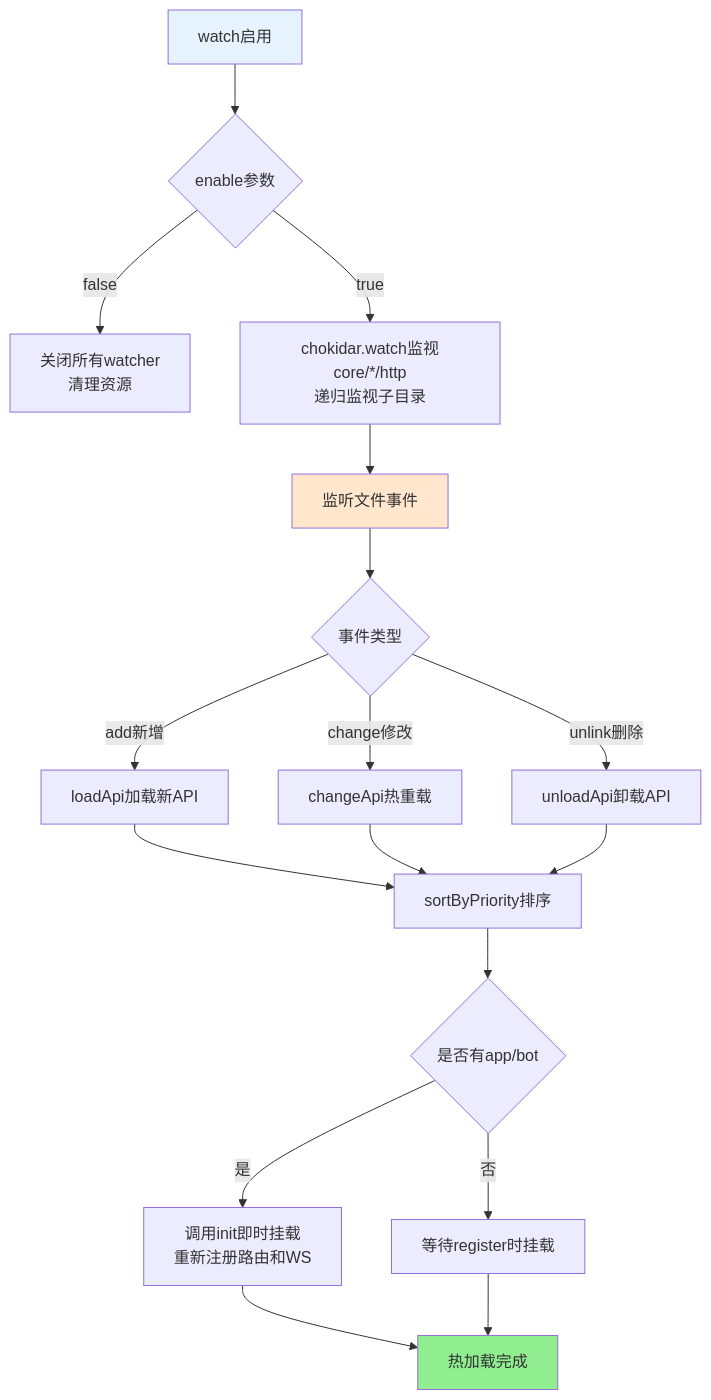
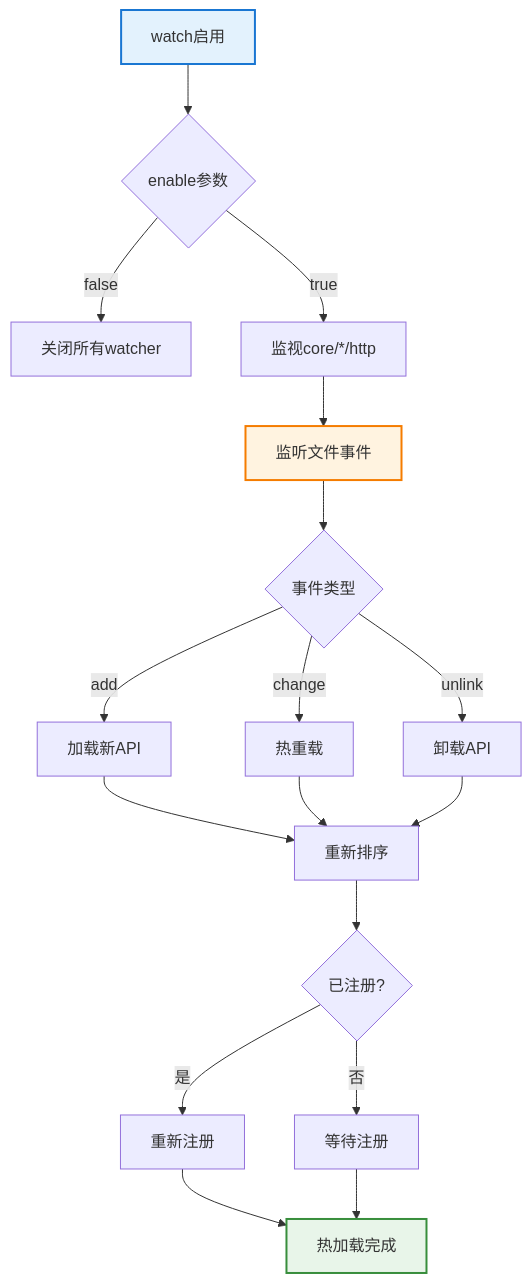
One commit to sunflowermm/XRK-AGT changed the fourth of 4 diagrams in docs/api-loader.md. Above: the diagram before and after it, drawn with Mermaid. The commit also changed other lines of this file and 19 other files, not shown here.

````diff
--- a/docs/api-loader.md
+++ b/docs/api-loader.md
@@ -181,23 +171,23 @@
 ```mermaid
 flowchart TB
     A["watch启用"] --> B{"enable参数"}
-    B -->|false| C["关闭所有watcher<br/>清理资源"]
-    B -->|true| D["chokidar.watch监视core/*/http<br/>递归监视子目录"]
+    B -->|false| C["关闭所有watcher"]
+    B -->|true| D["监视core/*/http"]
     D --> E["监听文件事件"]
     E --> F{"事件类型"}
-    F -->|add新增| G["loadApi加载新API"]
-    F -->|change修改| H["changeApi热重载"]
-    F -->|unlink删除| I["unloadApi卸载API"]
-    G --> J["sortByPriority排序"]
+    F -->|add| G["加载新API"]
+    F -->|change| H["热重载"]
+    F -->|unlink| I["卸载API"]
+    G --> J["重新排序"]
     H --> J
     I --> J
-    J --> K{"是否有app/bot"}
-    K -->|是| L["调用init即时挂载<br/>重新注册路由和WS"]
-    K -->|否| M["等待register时挂载"]
+    J --> K{"已注册?"}
+    K -->|是| L["重新注册"]
+    K -->|否| M["等待注册"]
     L --> N["热加载完成"]
     M --> N
     
-    style A fill:#E6F3FF
-    style E fill:#FFE6CC
-    style N fill:#90EE90
+    style A fill:#E3F2FD,stroke:#1976D2,stroke-width:2px
+    style E fill:#FFF3E0,stroke:#F57C00,stroke-width:2px
+    style N fill:#E8F5E9,stroke:#388E3C,stroke-width:2px
 ```
````
